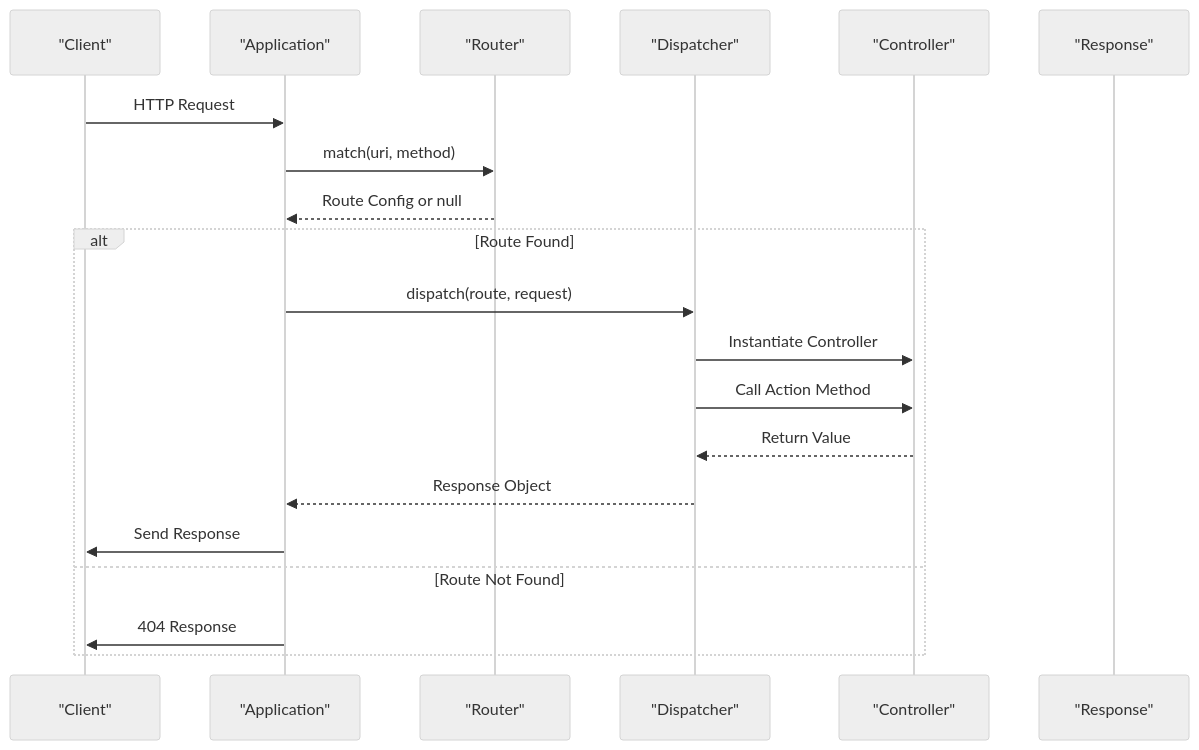
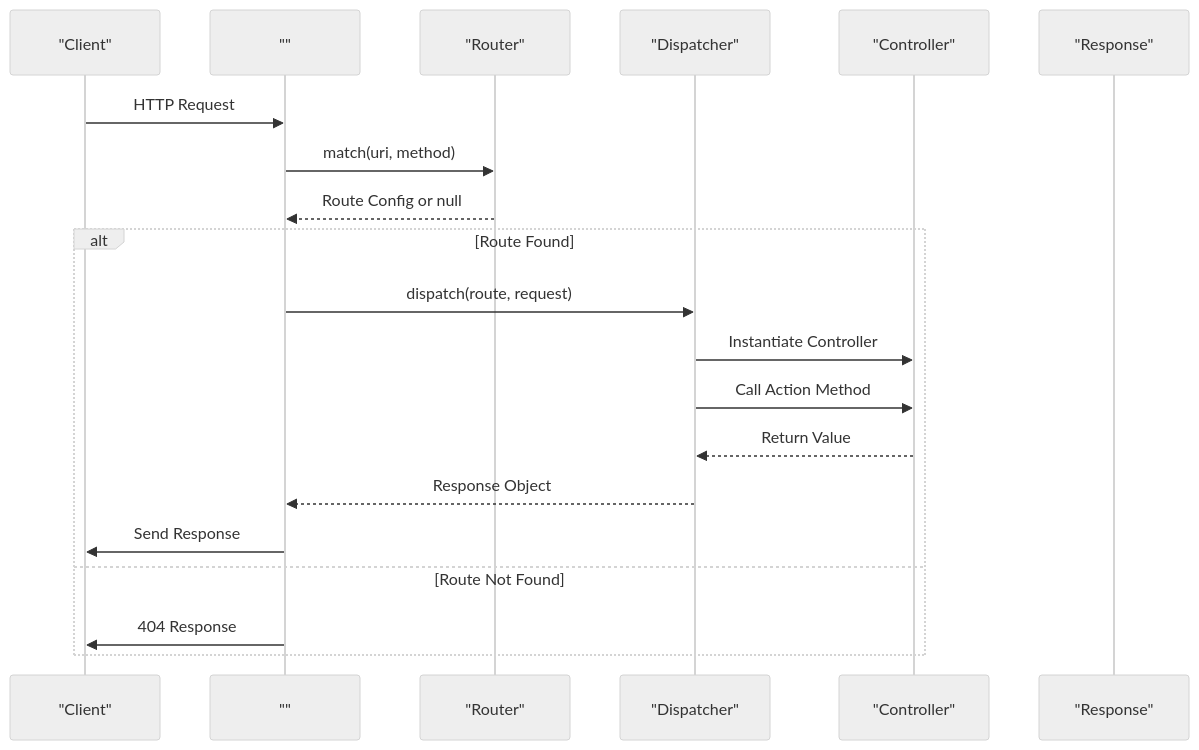
One commit to andrfilipenk/new changed the fourth of 7 diagrams in .qoder/repowiki/en/content/Routing.md. Above: the diagram before and after it, drawn with Mermaid (neutral theme). The commit also changed other lines of this file and 44 other files, not shown here.

````diff
--- a/.qoder/repowiki/en/content/Routing.md
+++ b/.qoder/repowiki/en/content/Routing.md
@@ -110,22 +110,22 @@
 ```mermaid
 sequenceDiagram
 participant Client as "Client"
-participant App as "Application"
+participant App as ""
 participant Router as "Router"
 participant Dispatcher as "Dispatcher"
 participant Controller as "Controller"
 participant Response as "Response"
 Client->>App : HTTP Request
 App->>Router : match(uri, method)
 Router-->>App : Route Config or null
 alt Route Found
 App->>Dispatcher : dispatch(route, request)
 Dispatcher->>Controller : Instantiate Controller
 Dispatcher->>Controller : Call Action Method
 Controller-->>Dispatcher : Return Value
 Dispatcher-->>App : Response Object
 App->>Client : Send Response
 else Route Not Found
 App->>Client : 404 Response
 end
 ```
````
